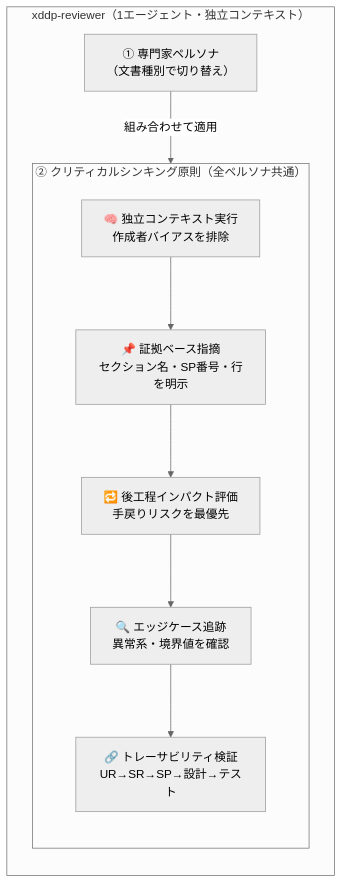
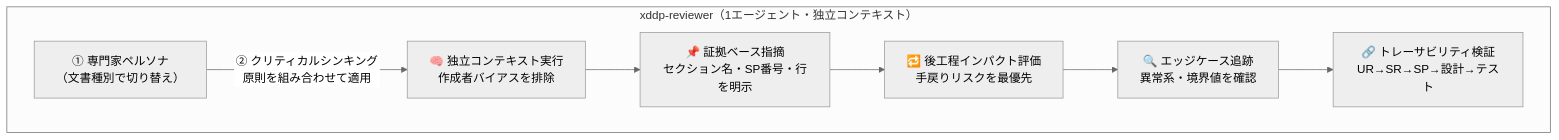
One commit to tsuna44/XddpSettings changed the second of 4 diagrams in docs/xddp-process-dfd.md. Above: the diagram before and after it, drawn with Mermaid (neutral theme). The commit also changed other lines of this file and 21 other files, not shown here.

````diff
--- a/docs/xddp-process-dfd.md
+++ b/docs/xddp-process-dfd.md
@@ -31,17 +31,13 @@
 ```mermaid
 flowchart TD
     subgraph REVIEWER["xddp-reviewer（1エージェント・独立コンテキスト）"]
-        direction TB
         PERSONA["① 専門家ペルソナ<br/>（文書種別で切り替え）"]
-        subgraph CT["② クリティカルシンキング原則（全ペルソナ共通）"]
-            direction TB
-            CT1["🧠 独立コンテキスト実行<br/>作成者バイアスを排除"]
-            CT2["📌 証拠ベース指摘<br/>セクション名・SP番号・行を明示"]
-            CT3["🔁 後工程インパクト評価<br/>手戻りリスクを最優先"]
-            CT4["🔍 エッジケース追跡<br/>異常系・境界値を確認"]
-            CT5["🔗 トレーサビリティ検証<br/>UR→SR→SP→設計→テスト"]
-            CT1 --> CT2 --> CT3 --> CT4 --> CT5
-        end
+        CT1["🧠 独立コンテキスト実行<br/>作成者バイアスを排除"]
+        CT2["📌 証拠ベース指摘<br/>セクション名・SP番号・行を明示"]
+        CT3["🔁 後工程インパクト評価<br/>手戻りリスクを最優先"]
+        CT4["🔍 エッジケース追跡<br/>異常系・境界値を確認"]
+        CT5["🔗 トレーサビリティ検証<br/>UR→SR→SP→設計→テスト"]
+        PERSONA -->|"② クリティカルシンキング原則を組み合わせて適用"| CT1
+        CT1 --> CT2 --> CT3 --> CT4 --> CT5
     end
-    PERSONA -->|"組み合わせて適用"| CT
 ```
````
